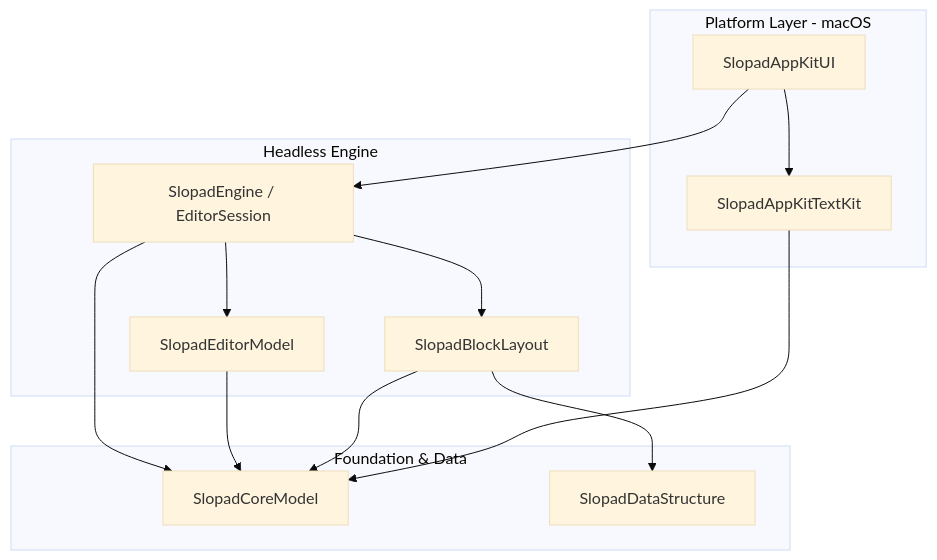
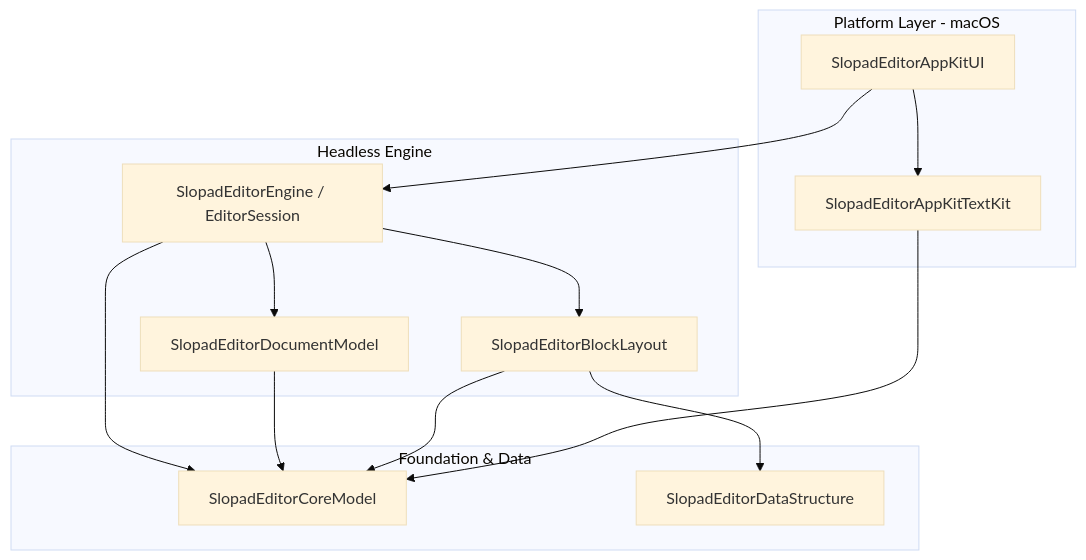
The diagram in ADR/0002-swiftpm-target-graph.md (hot666666/SlopadEditor), drawn with Mermaid (base theme) before and after one commit. The commit also changed other lines of this file and 743 other files, not shown here.

First line of the commit message:
refactor: complete SlopadEditor package rename (#89)

````diff
--- a/ADR/0002-swiftpm-target-graph.md
+++ b/ADR/0002-swiftpm-target-graph.md
@@ -17,28 +17,28 @@
 ```mermaid
 flowchart TB
     subgraph Platform["Platform Layer - macOS"]
-        AppKitUI["SlopadAppKitUI"]
-        AppKitTextKit["SlopadAppKitTextKit"]
+        AppKitUI["SlopadEditorAppKitUI"]
+        AppKitTextKit["SlopadEditorAppKitTextKit"]
     end
 
     subgraph Headless["Headless Engine"]
-        Engine["SlopadEngine / EditorSession"]
-        EditorModel["SlopadEditorModel"]
-        BlockLayout["SlopadBlockLayout"]
+        Engine["SlopadEditorEngine / EditorSession"]
+        EditorModel["SlopadEditorDocumentModel"]
+        BlockLayout["SlopadEditorBlockLayout"]
     end
 
     subgraph Foundation["Foundation & Data"]
-        CoreModel["SlopadCoreModel"]
-        DataStructure["SlopadDataStructure"]
+        CoreModel["SlopadEditorCoreModel"]
+        DataStructure["SlopadEditorDataStructure"]
     end
 
     AppKitUI --> Engine
     AppKitUI --> AppKitTextKit
     Engine --> CoreModel
     Engine --> EditorModel
     Engine --> BlockLayout
     EditorModel --> CoreModel
     BlockLayout --> CoreModel
     BlockLayout --> DataStructure
     AppKitTextKit --> CoreModel
 ```
````
